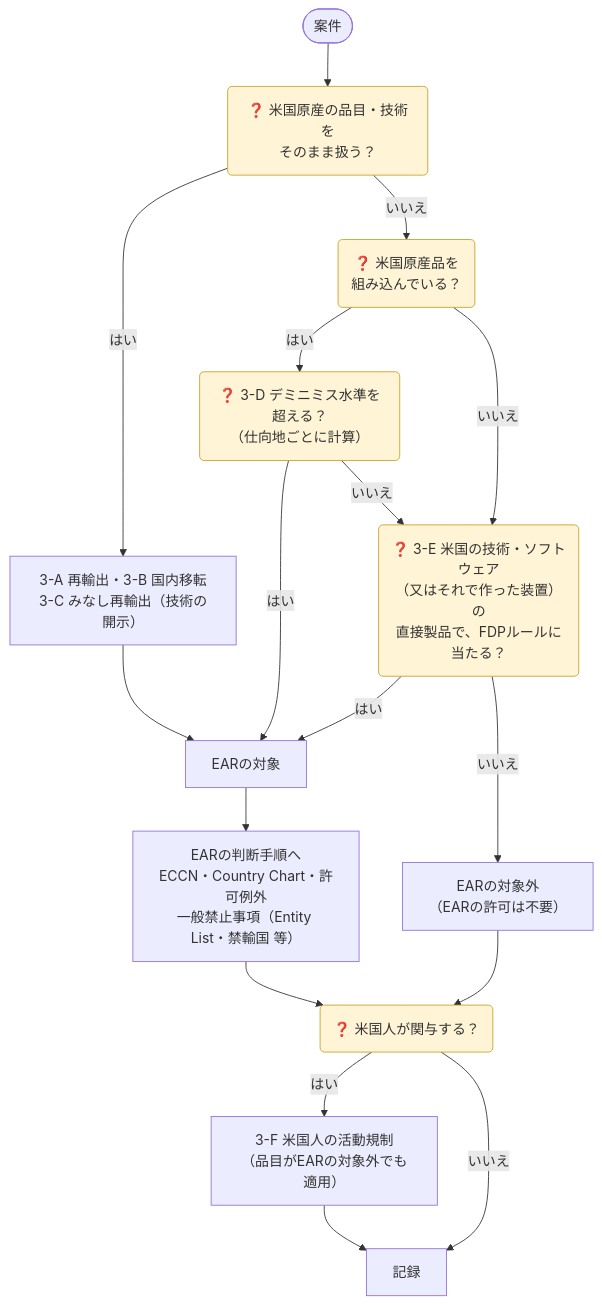
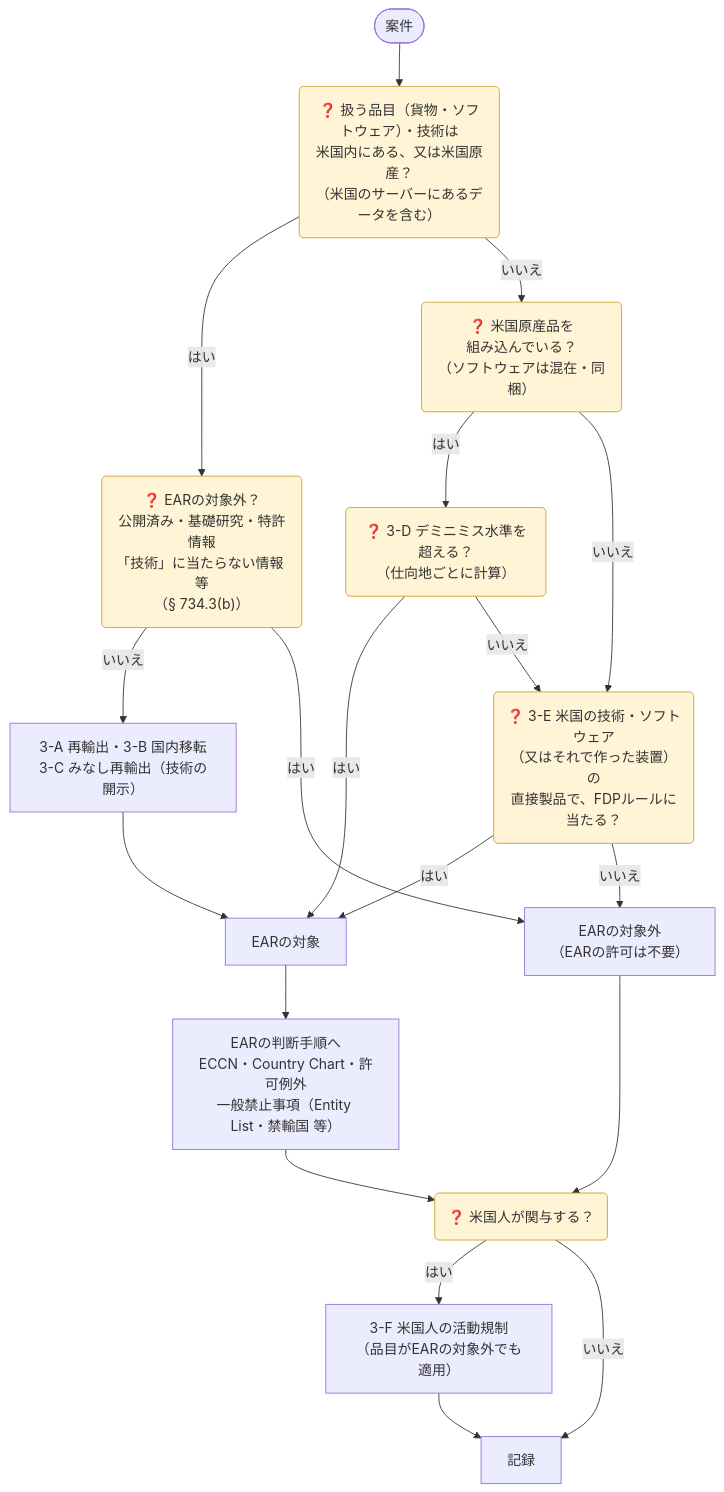
One commit to bamboo-go/export-control-hub changed the third of 3 diagrams in content/ja/docs/01-overview/export-patterns/index.md. Above: the diagram before and after it, drawn with Mermaid. The commit also changed other lines of this file, not shown here.

Commit message:
Check U.S.-located items, EAR exclusions and software handling in the decision flows

````diff
--- a/content/ja/docs/01-overview/export-patterns/index.md
+++ b/content/ja/docs/01-overview/export-patterns/index.md
@@ -131,21 +133,23 @@
 ```mermaid
 flowchart TD
-  S(["案件"]) --> O("❓ 米国原産の品目・技術を<br/>そのまま扱う？")
-  O -- はい --> O1["3-A 再輸出・3-B 国内移転<br/>3-C みなし再輸出（技術の開示）"]
-  O -- いいえ --> D("❓ 米国原産品を<br/>組み込んでいる？")
+  S(["案件"]) --> O("❓ 扱う品目（貨物・ソフトウェア）・技術は<br/>米国内にある、又は米国原産？<br/>（米国のサーバーにあるデータを含む）")
+  O -- はい --> X0("❓ EARの対象外？<br/>公開済み・基礎研究・特許情報<br/>「技術」に当たらない情報 等<br/>（§ 734.3(b)）")
+  X0 -- いいえ --> O1["3-A 再輸出・3-B 国内移転<br/>3-C みなし再輸出（技術の開示）"]
+  X0 -- はい --> NS
+  O -- いいえ --> D("❓ 米国原産品を<br/>組み込んでいる？<br/>（ソフトウェアは混在・同梱）")
   D -- はい --> D1("❓ 3-D デミニミス水準を超える？<br/>（仕向地ごとに計算）")
   D -- いいえ --> F
   D1 -- はい --> SUB
   D1 -- いいえ --> F("❓ 3-E 米国の技術・ソフトウェア<br/>（又はそれで作った装置）の<br/>直接製品で、FDPルールに当たる？")
   F -- はい --> SUB["EARの対象"]
   F -- いいえ --> NS["EARの対象外<br/>（EARの許可は不要）"]
   O1 --> SUB
   SUB --> J["EARの判断手順へ<br/>ECCN・Country Chart・許可例外<br/>一般禁止事項（Entity List・禁輸国 等）"]
   J --> M("❓ 米国人が関与する？")
   NS --> M
   M -- はい --> F3["3-F 米国人の活動規制<br/>（品目がEARの対象外でも適用）"]
   M -- いいえ --> R["記録"]
   F3 --> R
   classDef q fill:#fff4d6,stroke:#c9a227,color:#333;
-  class O,D,D1,F,M q;
+  class O,X0,D,D1,F,M q;
 ```
````
